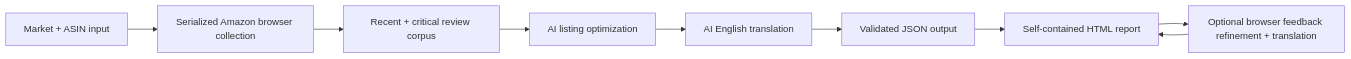
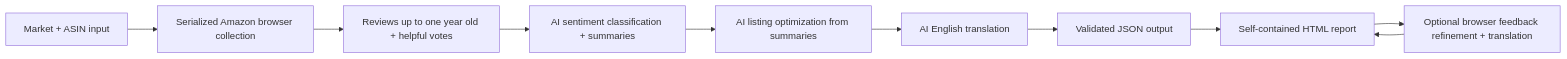
One commit to christycap/review-genius changed the diagram in README.md. Above: the diagram before and after it, drawn with Mermaid. The commit also changed other lines of this file and 14 other files, not shown here.

````diff
--- a/README.md
+++ b/README.md
@@ -29,11 +30,12 @@
 ```mermaid
 flowchart LR
     A[Market + ASIN input] --> B[Serialized Amazon browser collection]
-    B --> C[Recent + critical review corpus]
-    C --> D[AI listing optimization]
-    D --> E[AI English translation]
-    E --> F[Validated JSON output]
-    F --> G[Self-contained HTML report]
-    G --> H[Optional browser feedback refinement + translation]
-    H --> G
+    B --> C[Reviews up to one year old + helpful votes]
+    C --> D[AI sentiment classification + summaries]
+    D --> E[AI listing optimization from summaries]
+    E --> F[AI English translation]
+    F --> G[Validated JSON output]
+    G --> H[Self-contained HTML report]
+    H --> I[Optional browser feedback refinement + translation]
+    I --> H
 ```
````
